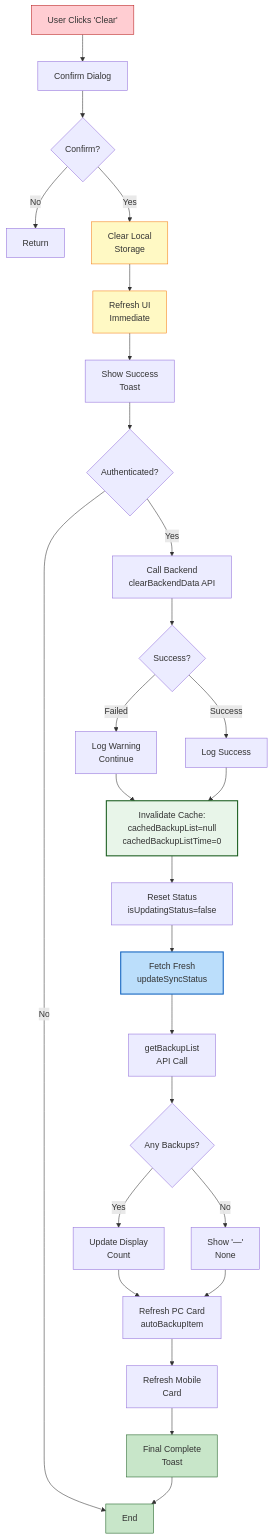
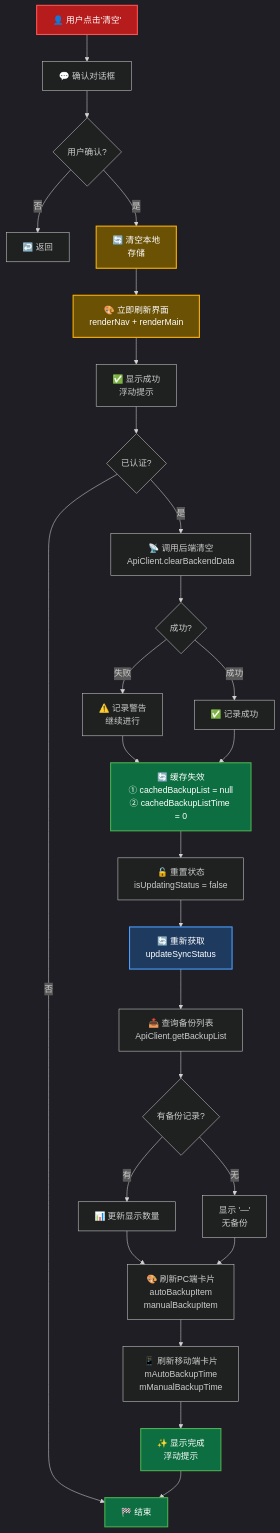
The fourth of 4 diagrams in doc/FLOWCHART_DIAGRAMS.md (Fuck996/yanyu_tools), drawn with Mermaid before and after one commit. The commit also changed other lines of this file and 2 other files, not shown here.

````diff
--- a/doc/FLOWCHART_DIAGRAMS.md
+++ b/doc/FLOWCHART_DIAGRAMS.md
@@ -208,44 +203,45 @@
 ```mermaid
+%%{init: {'theme':'dark'}}%%
 graph TD
-    A["User Clicks 'Clear'"] --> B["Confirm Dialog"]
-    B --> C{Confirm?}
-    C -->|No| D["Return"]
+    A["👤 用户点击'清空'"] --> B["💬 确认对话框"]
+    B --> C{用户确认?}
+    C -->|否| D["↩️ 返回"]
     
-    C -->|Yes| E["Clear Local<br/>Storage"]
-    E --> F["Refresh UI<br/>Immediate"]
-    F --> G["Show Success<br/>Toast"]
+    C -->|是| E["🔄 清空本地<br/>存储"]
+    E --> F["🎨 立即刷新界面<br/>renderNav + renderMain"]
+    F --> G["✅ 显示成功<br/>浮动提示"]
     
-    G --> H{Authenticated?}
-    H -->|No| I["End"]
+    G --> H{已认证?}
+    H -->|否| I["🏁 结束"]
     
-    H -->|Yes| J["Call Backend<br/>clearBackendData API"]
-    J --> K{Success?}
-    K -->|Failed| L["Log Warning<br/>Continue"]
-    K -->|Success| M["Log Success"]
+    H -->|是| J["📡 调用后端清空<br/>ApiClient.clearBackendData"]
+    J --> K{成功?}
+    K -->|失败| L["⚠️ 记录警告<br/>继续进行"]
+    K -->|成功| M["✅ 记录成功"]
     
-    L --> N["Invalidate Cache:<br/>cachedBackupList=null<br/>cachedBackupListTime=0"]
+    L --> N["🔄 缓存失效<br/>① cachedBackupList = null<br/>② cachedBackupListTime = 0"]
     M --> N
     
-    N --> O["Reset Status<br/>isUpdatingStatus=false"]
-    O --> P["Fetch Fresh<br/>updateSyncStatus"]
-    P --> Q["getBackupList<br/>API Call"]
+    N --> O["🔓 重置状态<br/>isUpdatingStatus = false"]
+    O --> P["🔄 重新获取<br/>updateSyncStatus"]
+    P --> Q["📥 查询备份列表<br/>ApiClient.getBackupList"]
     
-    Q --> R{Any Backups?}
-    R -->|Yes| S["Update Display<br/>Count"]
-    R -->|No| T["Show '—'<br/>None"]
+    Q --> R{有备份记录?}
+    R -->|有| S["📊 更新显示数量"]
+    R -->|无| T["显示 '—'<br/>无备份"]
     
-    S --> U["Refresh PC Card<br/>autoBackupItem"]
+    S --> U["🎨 刷新PC端卡片<br/>autoBackupItem<br/>manualBackupItem"]
     T --> U
     
-    U --> V["Refresh Mobile<br/>Card"]
-    V --> W["Final Complete<br/>Toast"]
+    U --> V["📱 刷新移动端卡片<br/>mAutoBackupTime<br/>mManualBackupTime"]
+    V --> W["✨ 显示完成<br/>浮动提示"]
     W --> I
     
-    style A fill:#FFCDD2,stroke:#B71C1C
-    style E fill:#FFF9C4,stroke:#F57F17
-    style F fill:#FFF9C4,stroke:#F57F17
-    style N fill:#E8F5E9,stroke:#1B5E20,stroke-width:2px
-    style P fill:#BBDEFB,stroke:#1565C0,stroke-width:2px
-    style W fill:#C8E6C9,stroke:#1B5E20
-    style I fill:#C8E6C9,stroke:#1B5E20
+    style A fill:#b71c1c,stroke:#ff5252,stroke-width:2px,color:#fff
+    style E fill:#6b5104,stroke:#ffb300,stroke-width:2px,color:#fff
+    style F fill:#6b5104,stroke:#ffb300,stroke-width:2px,color:#fff
+    style N fill:#0d6e41,stroke:#4caf50,stroke-width:2px,color:#fff
+    style P fill:#1e3a5f,stroke:#4a9eff,stroke-width:2px,color:#fff
+    style W fill:#0d6e41,stroke:#4caf50,stroke-width:2px,color:#fff
+    style I fill:#0d6e41,stroke:#4caf50,stroke-width:2px,color:#fff
 ```
````
